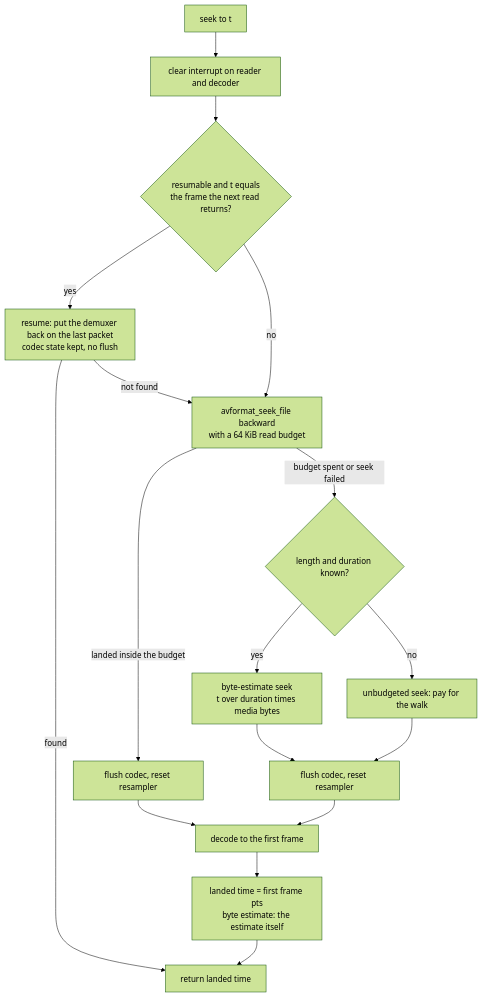
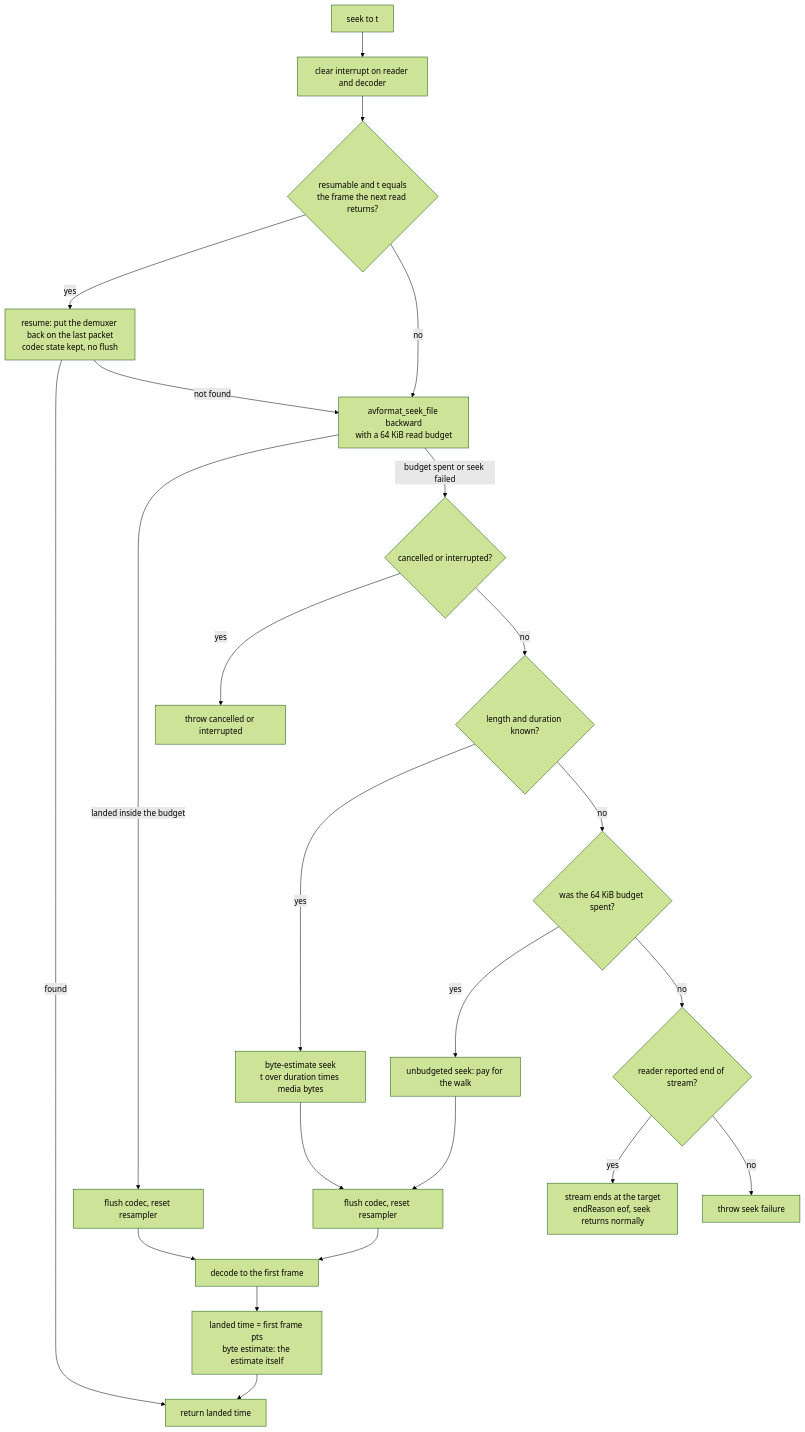
The fourth of 8 diagrams in docs/architecture.md (timusus/shuttle-playback), drawn with Mermaid (forest theme) before and after one commit. The commit also changed other lines of this file and 13 other files, not shown here.

````diff
--- a/docs/architecture.md
+++ b/docs/architecture.md
@@ -127,19 +127,25 @@
 ```mermaid
 flowchart TD
     S["seek to t"] --> CL["clear interrupt on reader and decoder"]
     CL --> RS{"resumable and t equals<br/>the frame the next read returns?"}
     RS -- yes --> RE["resume: put the demuxer back on the last packet<br/>codec state kept, no flush"]
     RE -->|found| DONE
     RE -->|not found| TR
     RS -- no --> TR["avformat_seek_file backward<br/>with a 64 KiB read budget"]
     TR -->|landed inside the budget| FL["flush codec, reset resampler"]
-    TR -->|budget spent or seek failed| EST{"length and duration known?"}
+    TR -->|budget spent or seek failed| INT{"cancelled or interrupted?"}
+    INT -- yes --> STOP["throw cancelled or interrupted"]
+    INT -- no --> EST{"length and duration known?"}
     EST -- yes --> BYTE["byte-estimate seek<br/>t over duration times media bytes"]
-    EST -- no --> WALK["unbudgeted seek: pay for the walk"]
+    EST -- no --> BL{"was the 64 KiB budget spent?"}
+    BL -- yes --> WALK["unbudgeted seek: pay for the walk"]
+    BL -- no --> EOFQ{"reader reported end of stream?"}
+    EOFQ -- yes --> EOFX["stream ends at the target<br/>endReason eof, seek returns normally"]
+    EOFQ -- no --> ERR["throw seek failure"]
     BYTE --> FL2["flush codec, reset resampler"]
     WALK --> FL2
     FL --> PUMP["decode to the first frame"]
     FL2 --> PUMP
     PUMP --> LAND["landed time = first frame pts<br/>byte estimate: the estimate itself"]
     LAND --> DONE["return landed time"]
 ```
````
